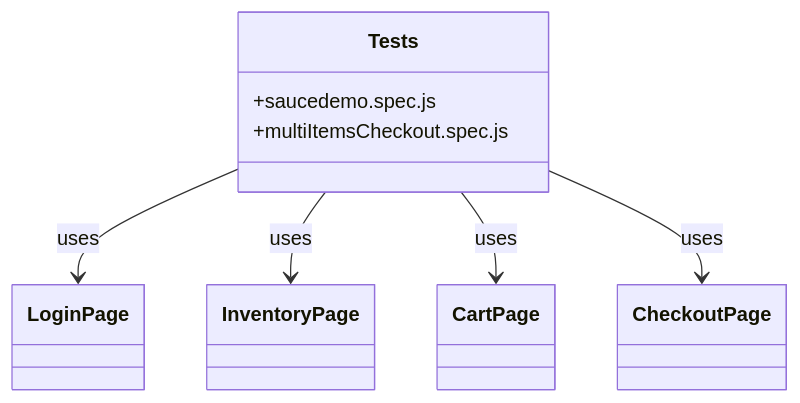
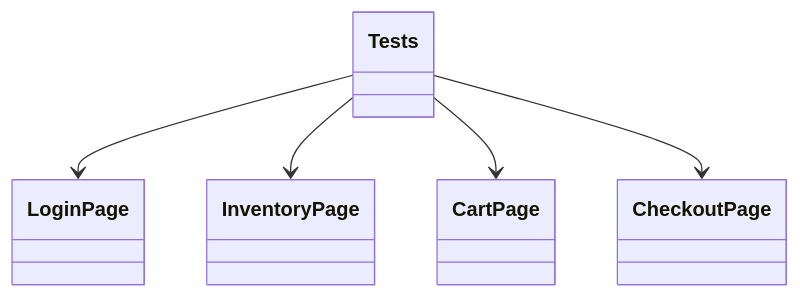
Before and after one commit to ravs788/playwrightpom: the second of 2 diagrams in test-flow-diagram.md, drawn with Mermaid. The commit also changed other lines of this file and 1 other file, not shown here.

````diff
--- a/test-flow-diagram.md
+++ b/test-flow-diagram.md
@@ -45,17 +75,13 @@
 ```mermaid
 classDiagram
-    class Tests {
-        +saucedemo.spec.js
-        +multiItemsCheckout.spec.js
-    }
-
+    class Tests
     class LoginPage
     class InventoryPage
     class CartPage
     class CheckoutPage
 
-    Tests --> LoginPage : uses
-    Tests --> InventoryPage : uses
-    Tests --> CartPage : uses
-    Tests --> CheckoutPage : uses
+    Tests --> LoginPage
+    Tests --> InventoryPage
+    Tests --> CartPage
+    Tests --> CheckoutPage
 ```
````
